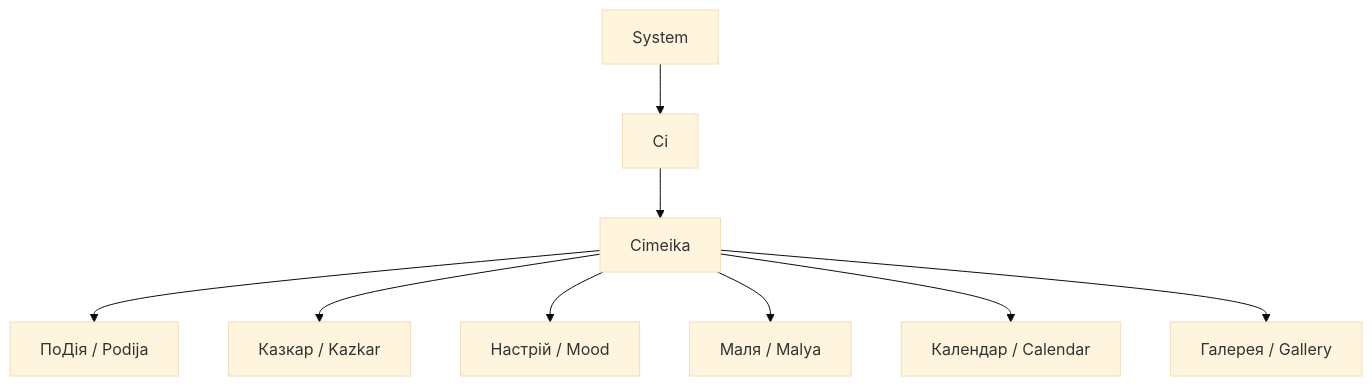
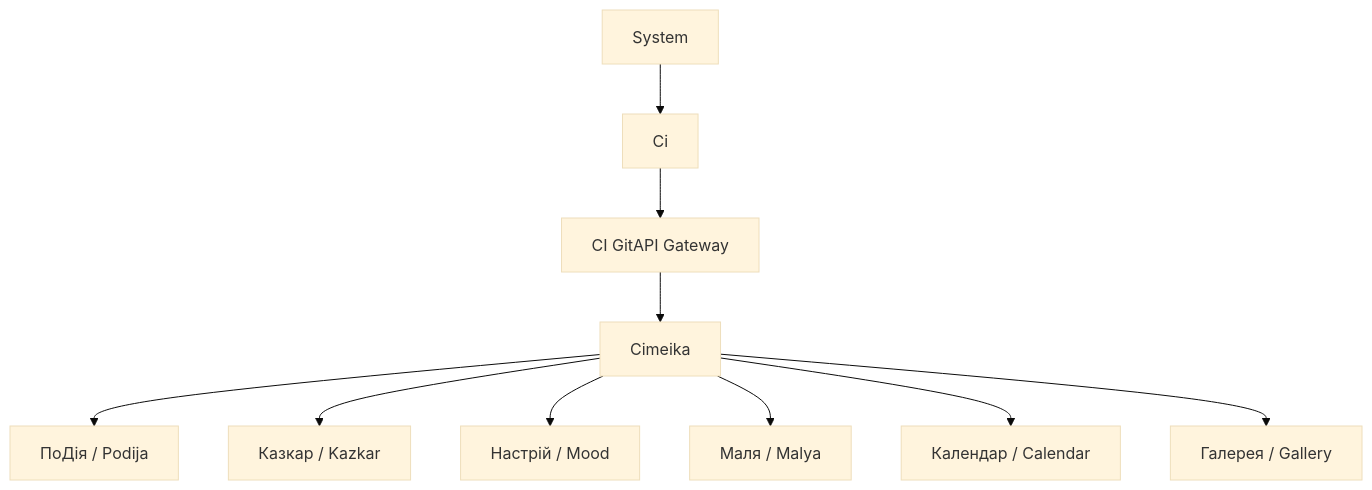
One commit to Ihorog/ciwiki changed the first of 2 diagrams in docs/architecture/index.md. Above: the diagram before and after it, drawn with Mermaid (base theme). The commit also changed other lines of this file and 5 other files, not shown here.

First line of the commit message:
docs: CI GitAPI як єдина адміністративна одиниця Cimeika

````diff
--- a/docs/architecture/index.md
+++ b/docs/architecture/index.md
@@ -24,11 +24,12 @@
 ```mermaid
 graph TD
     S[System] --> CI[Ci]
-    CI --> CM[Cimeika]
+    CI --> GITAPI[CI GitAPI Gateway]
+    GITAPI --> CM[Cimeika]
     CM --> PD[ПоДія / Podija]
     CM --> KZ[Казкар / Kazkar]
     CM --> MD[Настрій / Mood]
     CM --> ML[Маля / Malya]
     CM --> CL[Календар / Calendar]
     CM --> GL[Галерея / Gallery]
 ```
````
